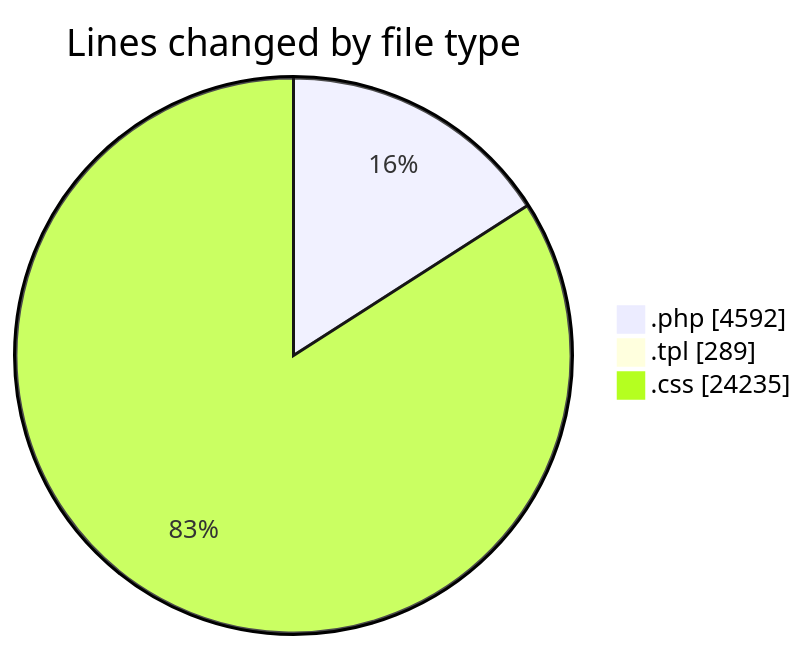
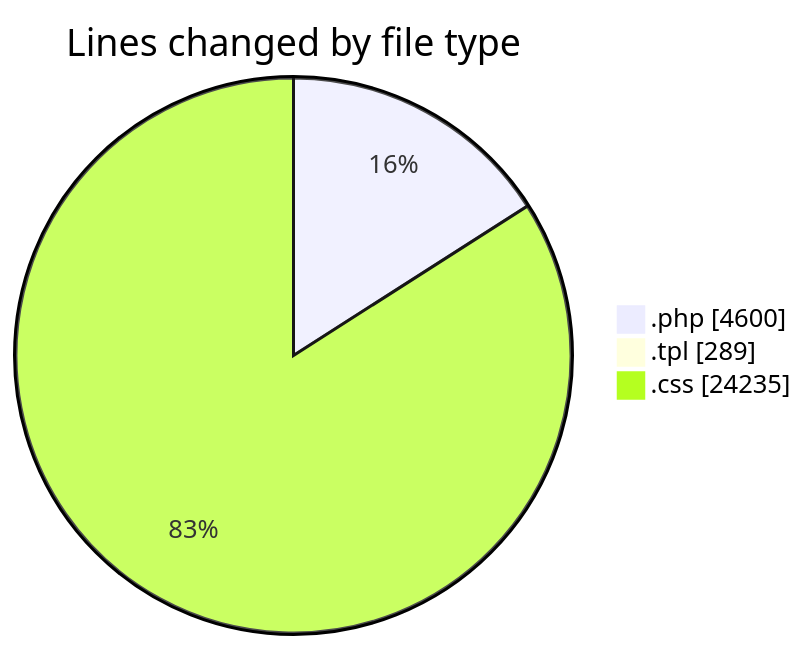
One commit to vahidmafi/code-tracking changed the first of 2 diagrams in 2025-04-18/zeytoon/README.md. Above: the diagram before and after it, drawn with Mermaid. The commit also changed other lines of this file and 1 other file, not shown here.

````diff
--- a/2025-04-18/zeytoon/README.md
+++ b/2025-04-18/zeytoon/README.md
@@ -29,7 +29,7 @@
 ```mermaid
 pie showData
 title Lines changed by file type
-".php" : 4592
+".php" : 4600
 ".tpl" : 289
 ".css" : 24235
 ```
````
